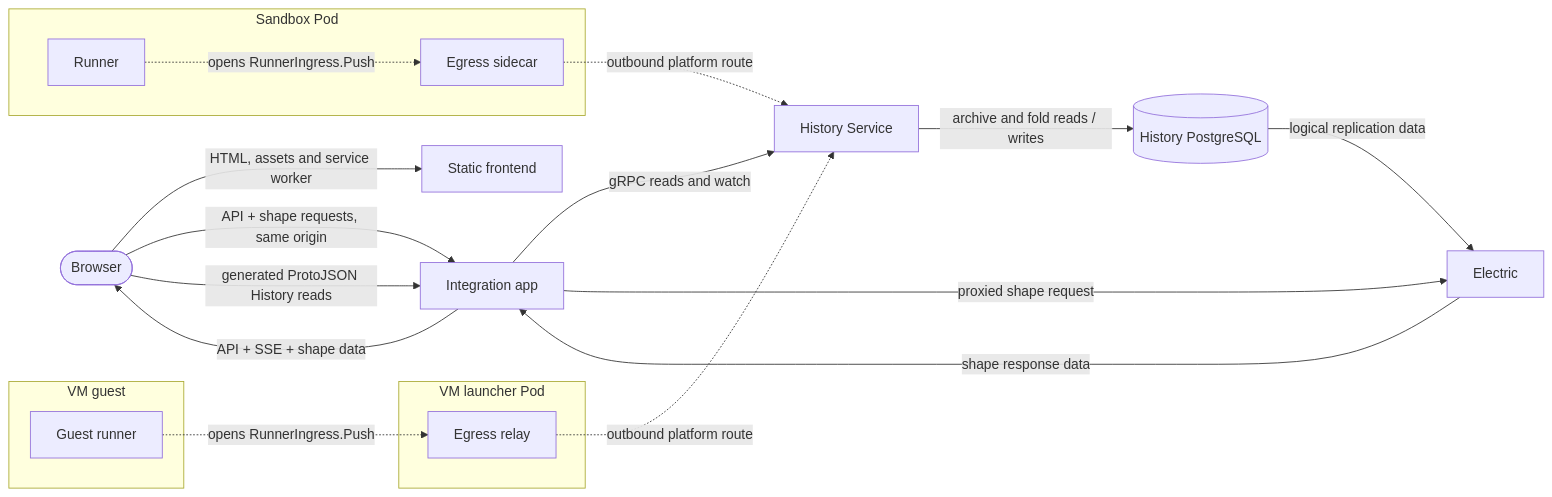
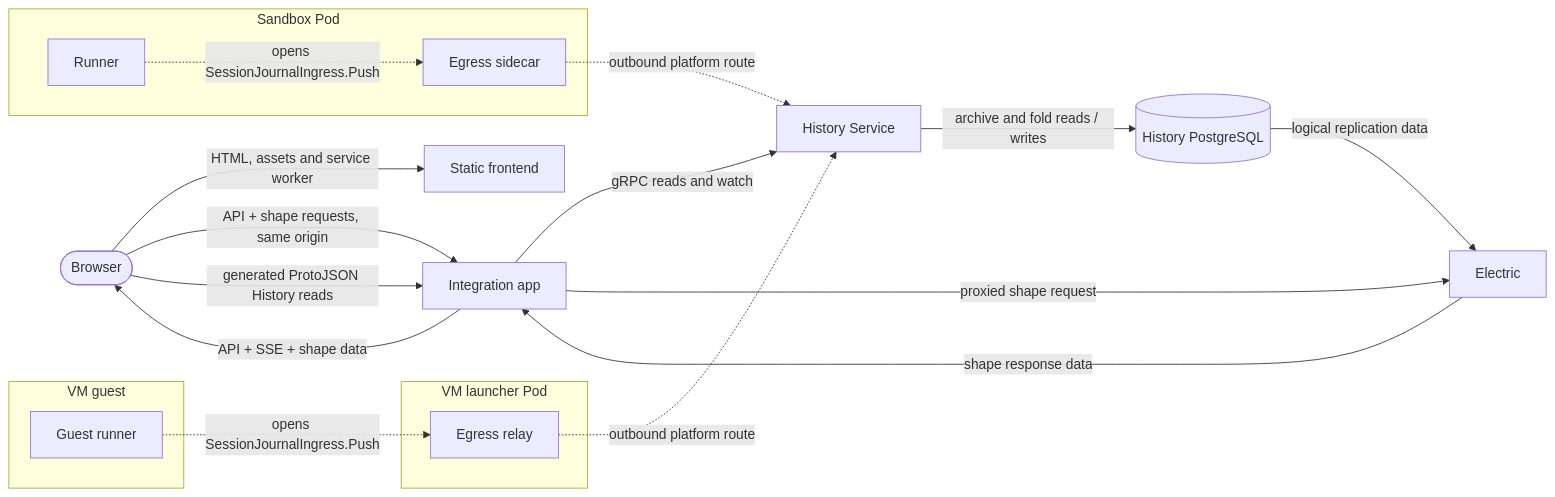
Before and after one commit to agentydragon/ducktape: the seventh of 9 diagrams in agentplane/docs/system_overview.md, drawn with Mermaid. The commit also changed other lines of this file and 458 other files, not shown here.

````diff
--- a/agentplane/docs/system_overview.md
+++ b/agentplane/docs/system_overview.md
@@ -230,33 +230,33 @@
 ```mermaid
 flowchart LR
     browser([Browser])
     frontend[Static frontend]
     app[Integration app]
     history[History Service]
     history_db[(History PostgreSQL)]
     electric[Electric]
     subgraph pod[Sandbox Pod]
         runner[Runner]
         sidecar[Egress sidecar]
     end
     subgraph vm_guest[VM guest]
         guest[Guest runner]
     end
     subgraph vm_pod[VM launcher Pod]
         relay[Egress relay]
     end
 
     browser -->|HTML, assets and service worker| frontend
     browser -->|API + shape requests, same origin| app
     browser -->|generated ProtoJSON History reads| app
     app -->|gRPC reads and watch| history
     app -->|proxied shape request| electric
     electric -->|shape response data| app
     app -->|API + SSE + shape data| browser
-    runner -.->|opens RunnerIngress.Push| sidecar
+    runner -.->|opens SessionJournalIngress.Push| sidecar
     sidecar -.->|outbound platform route| history
-    guest -.->|opens RunnerIngress.Push| relay
+    guest -.->|opens SessionJournalIngress.Push| relay
     relay -.->|outbound platform route| history
     history -->|archive and fold reads / writes| history_db
     history_db -->|logical replication data| electric
 ```
````
